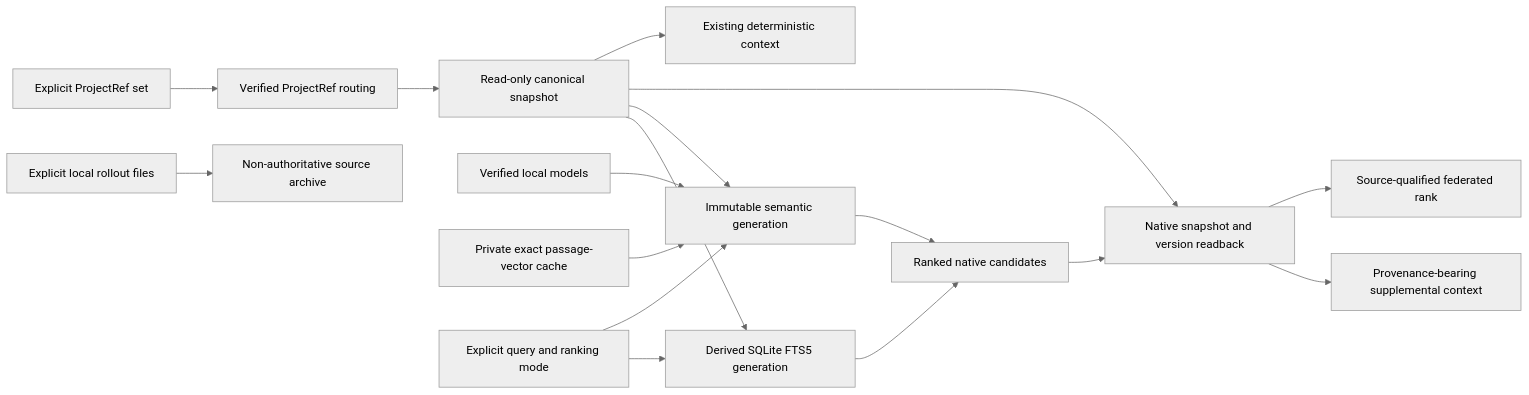
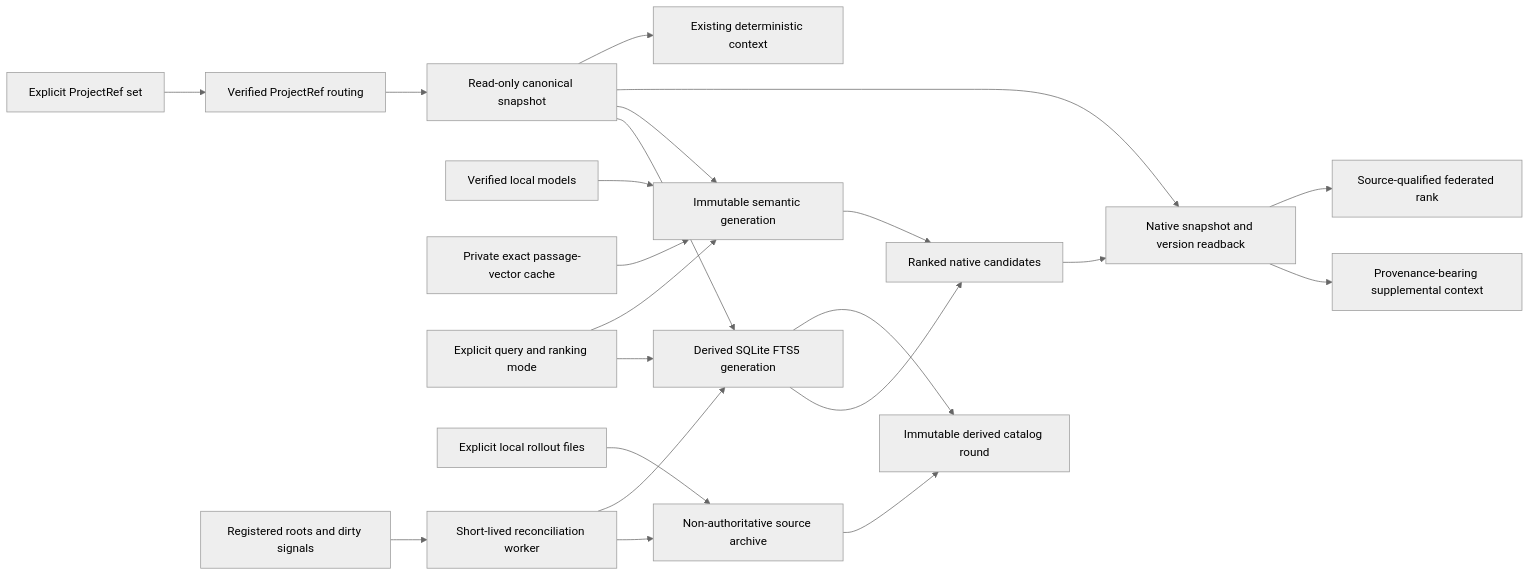
The diagram in docs/architecture/local-derived-search.md (feng2r200/WorkVCS), drawn with Mermaid (neutral theme) before and after one commit. The commit also changed other lines of this file and 20 other files, not shown here.

Commit message:
feat: add local automation and derived search catalog

````diff
--- a/docs/architecture/local-derived-search.md
+++ b/docs/architecture/local-derived-search.md
@@ -17,19 +22,24 @@
 ```mermaid
 flowchart LR
     R[Verified ProjectRef routing] --> S[Read-only canonical snapshot]
     S --> I[Derived SQLite FTS5 generation]
     S --> G[Immutable semantic generation]
     M[Verified local models] --> G
     E[Private exact passage-vector cache] --> G
     Q[Explicit query and ranking mode] --> I
     Q --> G
     I --> C[Ranked native candidates]
     G --> C
     C --> V[Native snapshot and version readback]
     S --> V
     V --> O[Provenance-bearing supplemental context]
     H[Explicit local rollout files] --> A[Non-authoritative source archive]
+    W[Registered roots and dirty signals] --> X[Short-lived reconciliation worker]
+    X --> A
+    X --> I
+    I --> D[Immutable derived catalog round]
+    A --> D
     F[Explicit ProjectRef set] --> R
     V --> J[Source-qualified federated rank]
     S --> N[Existing deterministic context]
 ```
````
